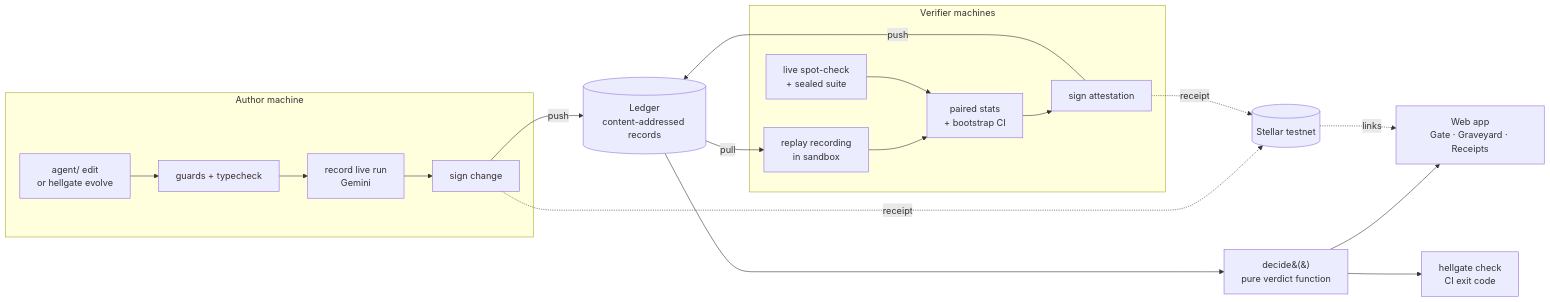
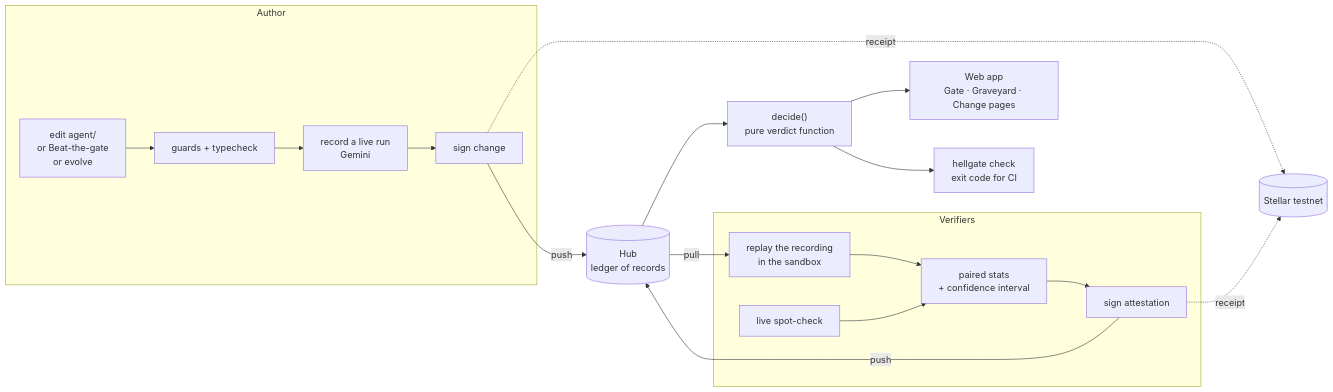
The first of 5 diagrams in docs/ARCHITECTURE.md (Kai-972/Hellgate), drawn with Mermaid before and after one commit. The commit also changed other lines of this file and 10 other files, not shown here.

````diff
--- a/docs/ARCHITECTURE.md
+++ b/docs/ARCHITECTURE.md
@@ -73,24 +79,23 @@
 ```mermaid
 flowchart LR
-  subgraph Author machine
-    A1[agent/ edit<br/>or hellgate evolve] --> A2[guards + typecheck]
-    A2 --> A3[record live run<br/>Gemini]
+  subgraph Author
+    A1[edit agent/<br/>or Beat-the-gate<br/>or evolve] --> A2[guards + typecheck]
+    A2 --> A3[record a live run<br/>Gemini]
     A3 --> A4[sign change]
   end
 
-  subgraph Verifier machines
-    V1[replay recording<br/>in sandbox] --> V3[paired stats<br/>+ bootstrap CI]
-    V2[live spot-check<br/>+ sealed suite] --> V3
+  subgraph Verifiers
+    V1[replay the recording<br/>in the sandbox] --> V3[paired stats<br/>+ confidence interval]
+    V2[live spot-check] --> V3
     V3 --> V4[sign attestation]
   end
 
-  A4 -->|push| L[(Ledger<br/>content-addressed records)]
-  L -->|pull| V1
-  V4 -->|push| L
-  L --> D[decide&#40;&#41;<br/>pure verdict function]
-  D --> W[Web app<br/>Gate · Graveyard · Receipts]
-  D --> C[hellgate check<br/>CI exit code]
+  A4 -->|push| H[(Hub<br/>ledger of records)]
+  H -->|pull| V1
+  V4 -->|push| H
+  H --> D["decide()<br/>pure verdict function"]
+  D --> W[Web app<br/>Gate · Graveyard · Change pages]
+  D --> C[hellgate check<br/>exit code for CI]
   A4 -.receipt.-> S[(Stellar testnet)]
   V4 -.receipt.-> S
-  S -.links.-> W
 ```
````
